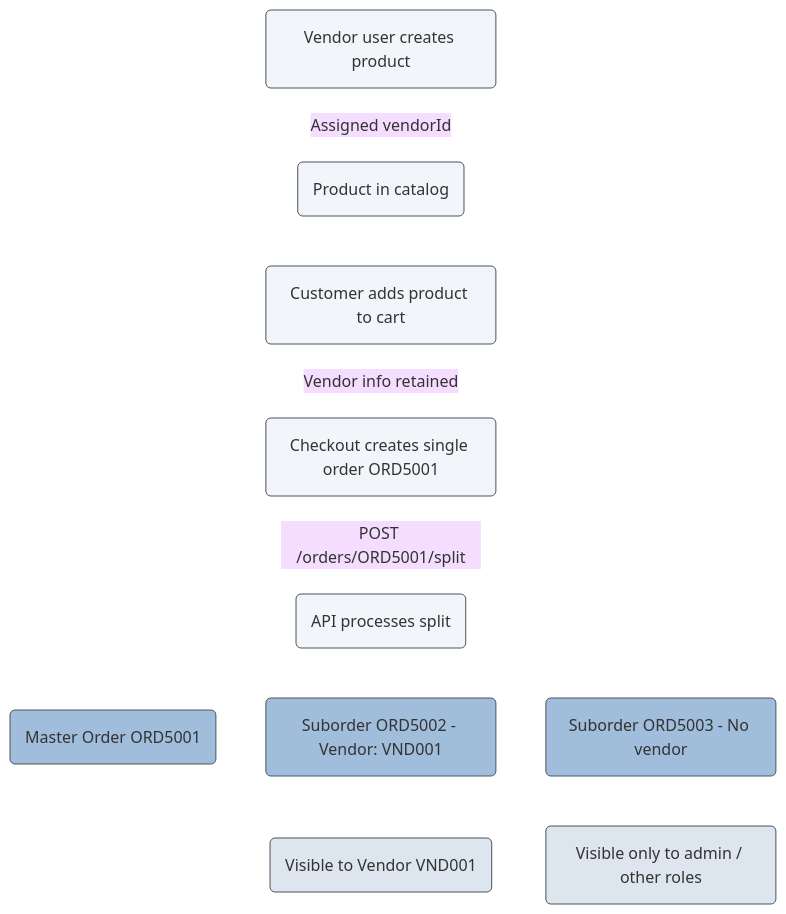
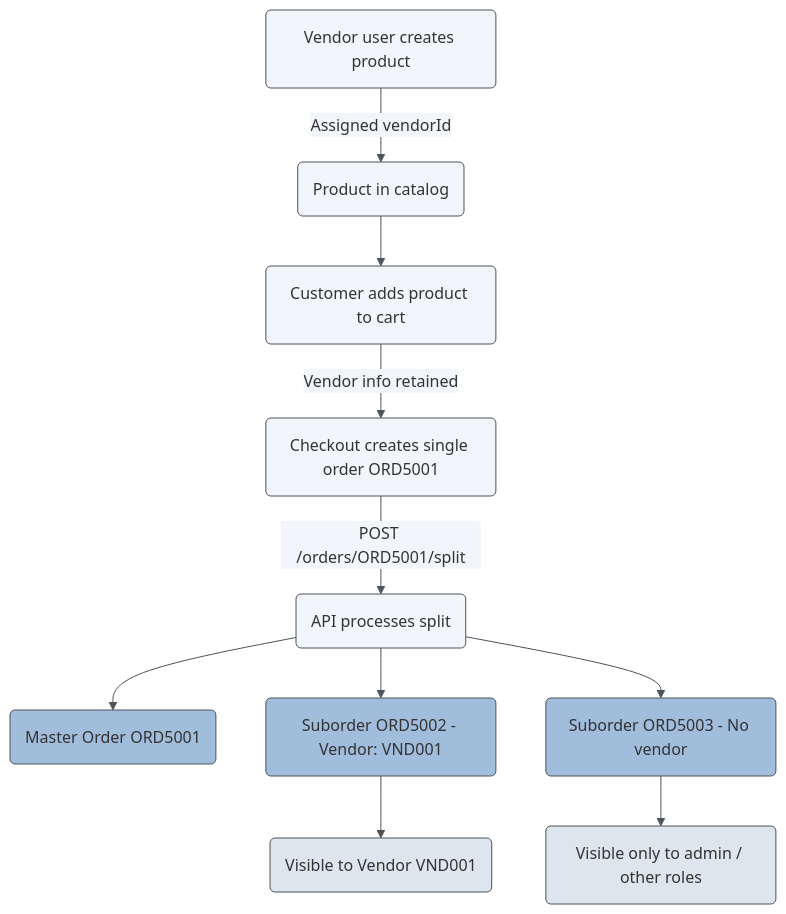
One commit to emporix/api-references changed the diagram in companies-and-customers/vendor-service/vendor.md. Above: the diagram before and after it, drawn with Mermaid.

````diff
--- a/companies-and-customers/vendor-service/vendor.md
+++ b/companies-and-customers/vendor-service/vendor.md
@@ -344,44 +344,48 @@
 ```mermaid
 ---
 config:
   layout: fixed
   theme: base
   look: classic
   themeVariables:
     background: transparent
+    lineColor: "#4C5359"
+    arrowheadColor: "#4C5359"
+    edgeLabelBackground: "#F2F6FA" 
+    edgeLabelTextColor: "#4C5359"
 ---
 flowchart TD
     A[Vendor user creates product] -->|Assigned vendorId| B[Product in catalog]
     B --> C[Customer adds product to cart]
     C -->|Vendor info retained| D[Checkout creates single order ORD5001]
     D -->|POST /orders/ORD5001/split| E[API processes split]
     E --> F[Master Order ORD5001]
     E --> G[Suborder ORD5002 - Vendor: VND001]
     E --> H[Suborder ORD5003 - No vendor]
     G --> I[Visible to Vendor VND001]
     H --> J[Visible only to admin / other roles]
       A@{ shape: rounded}
       B@{ shape: rounded}
       C@{ shape: rounded}
       D@{ shape: rounded}
       E@{ shape: rounded}
       F@{ shape: rounded}
       G@{ shape: rounded}
       H@{ shape: rounded}
       I@{ shape: rounded}
       J@{ shape: rounded}
       A:::Class_04
       B:::Class_04
       C:::Class_04
       D:::Class_04
       E:::Class_04
       F:::Class_01
       G:::Class_01
       H:::Class_01
       I:::Class_02
       J:::Class_02
     classDef Class_02 stroke-width:1px, stroke-dasharray: 0, stroke:#4C5359, fill:#DDE6EE
     classDef Class_01 stroke-width:1px, stroke-dasharray: 0, stroke:#4C5359, fill:#A1BDDC
     classDef Class_03 stroke-width:1px, stroke-dasharray: 0, stroke:#3b73bb, fill:#3b73bb
     classDef Class_04 fill:#F2F6FA, stroke:#4C5359
 ```
````
